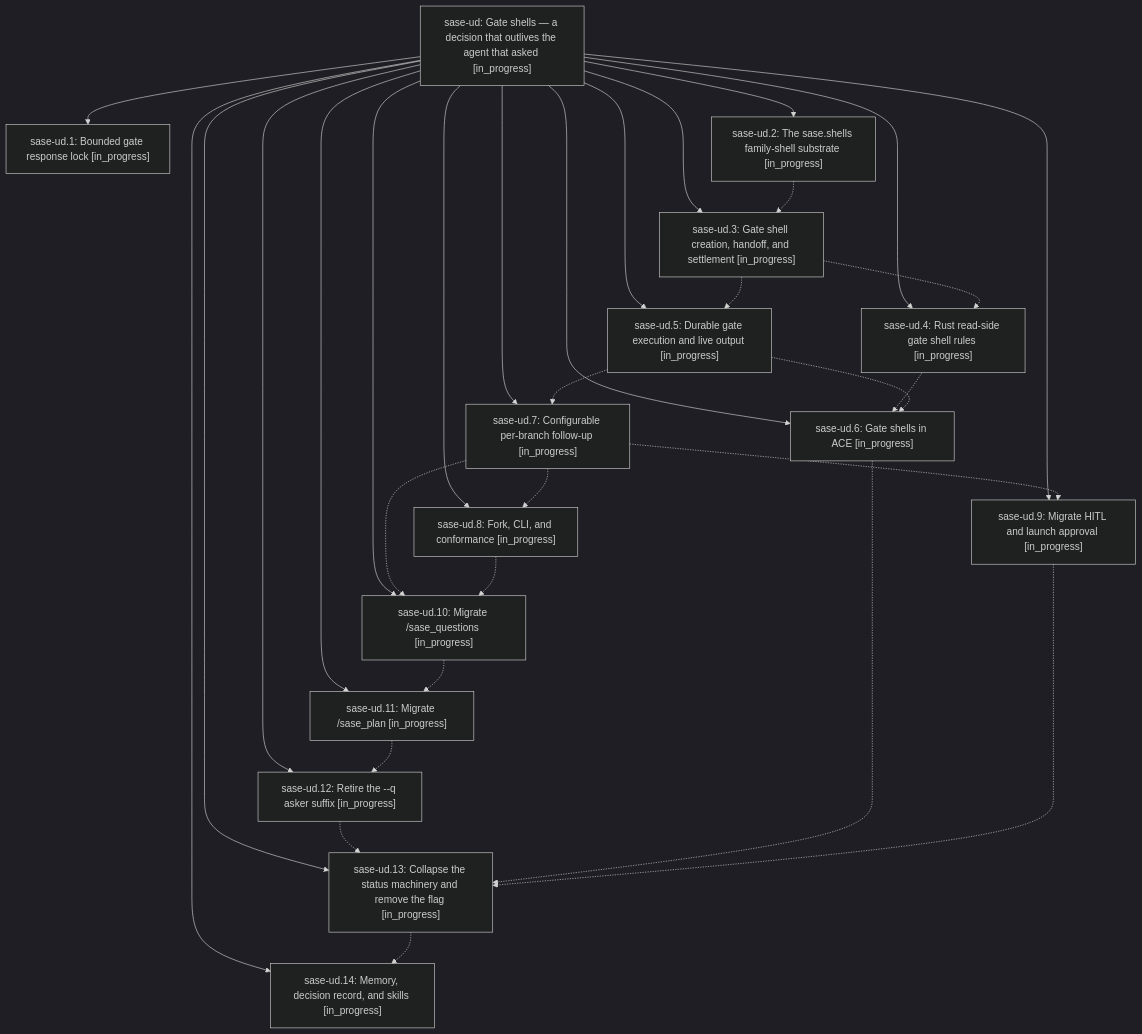
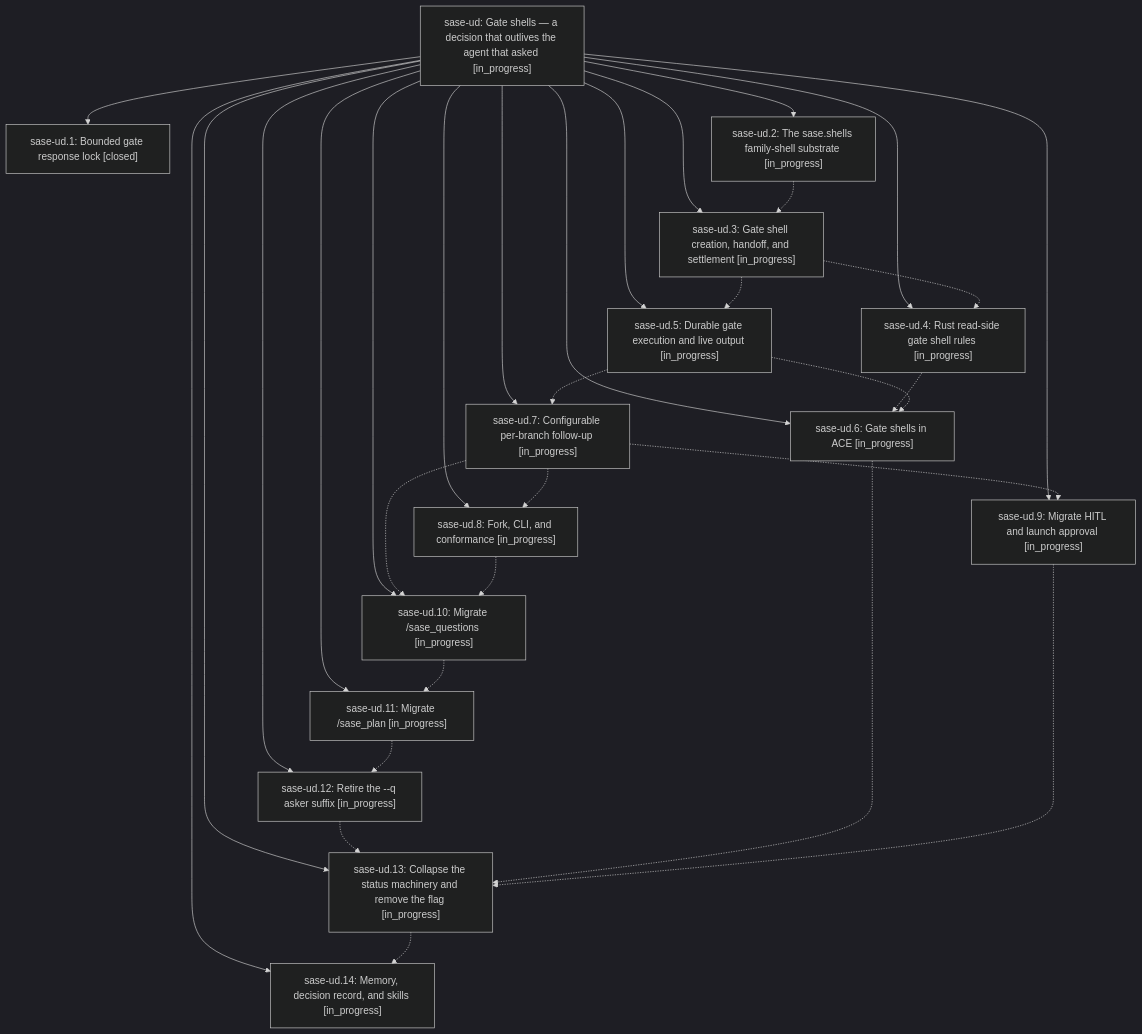
One commit to sase-org/sase--beads changed the diagram in pages/sase-ud/README.md. Above: the diagram before and after it, drawn with Mermaid (dark theme). The commit also changed other lines of this file and 2 other files, not shown here.

First line of the commit message:
chore(beads): sync bead state and pages for sase-ud

````diff
--- a/pages/sase-ud/README.md
+++ b/pages/sase-ud/README.md
@@ -47,48 +47,48 @@
 ```mermaid
 flowchart TD
     n0["sase-ud: Gate shells — a decision that outlives the agent that asked [in_progress]"]
-    n1["sase-ud.1: Bounded gate response lock [in_progress]"]
+    n1["sase-ud.1: Bounded gate response lock [closed]"]
     n2["sase-ud.10: Migrate /sase_questions [in_progress]"]
     n3["sase-ud.11: Migrate /sase_plan [in_progress]"]
     n4["sase-ud.12: Retire the --q asker suffix [in_progress]"]
     n5["sase-ud.13: Collapse the status machinery and remove the flag [in_progress]"]
     n6["sase-ud.14: Memory, decision record, and skills [in_progress]"]
     n7["sase-ud.2: The sase.shells family-shell substrate [in_progress]"]
     n8["sase-ud.3: Gate shell creation, handoff, and settlement [in_progress]"]
     n9["sase-ud.4: Rust read-side gate shell rules [in_progress]"]
     n10["sase-ud.5: Durable gate execution and live output [in_progress]"]
     n11["sase-ud.6: Gate shells in ACE [in_progress]"]
     n12["sase-ud.7: Configurable per-branch follow-up [in_progress]"]
     n13["sase-ud.8: Fork, CLI, and conformance [in_progress]"]
     n14["sase-ud.9: Migrate HITL and launch approval [in_progress]"]
     n0 --> n1
     n0 --> n2
     n0 --> n3
     n0 --> n4
     n0 --> n5
     n0 --> n6
     n0 --> n7
     n0 --> n8
     n0 --> n9
     n0 --> n10
     n0 --> n11
     n0 --> n12
     n0 --> n13
     n0 --> n14
     n2 -.-> n3
     n3 -.-> n4
     n4 -.-> n5
     n5 -.-> n6
     n7 -.-> n8
     n8 -.-> n9
     n8 -.-> n10
     n9 -.-> n11
     n10 -.-> n11
     n10 -.-> n12
     n11 -.-> n5
     n12 -.-> n2
     n12 -.-> n13
     n12 -.-> n14
     n13 -.-> n2
     n14 -.-> n5
 ```
````
